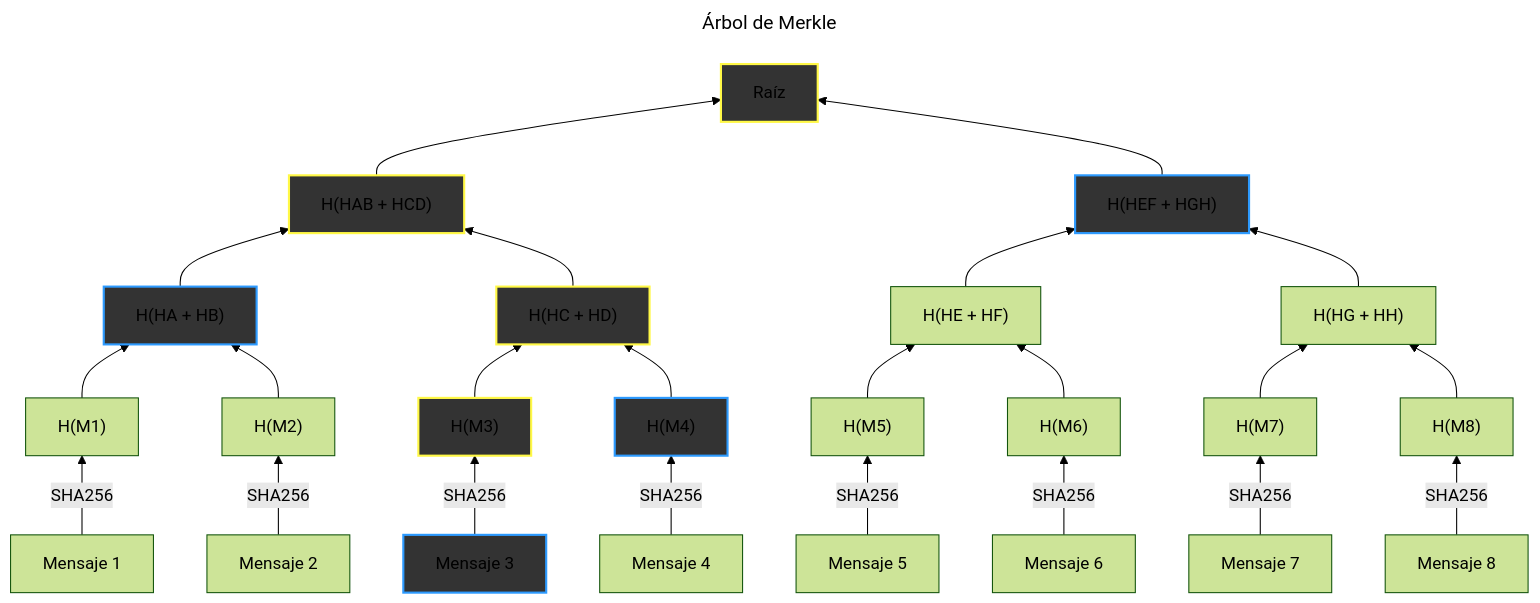
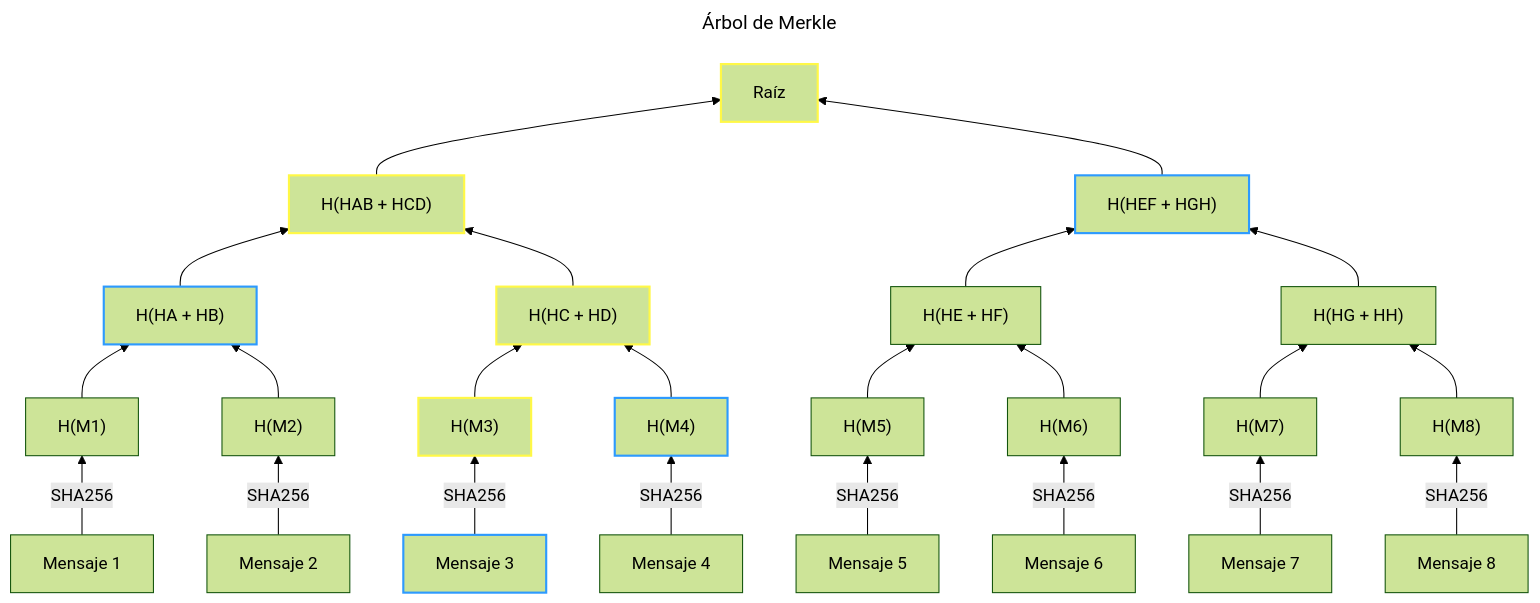
The second of 2 diagrams in advanced/electronic-signature/data-message-conservation.mdx (PlumaaID/api-docs), drawn with Mermaid (forest theme) before and after one commit. The commit also changed 7 other files, not shown here.

````diff
--- a/advanced/electronic-signature/data-message-conservation.mdx
+++ b/advanced/electronic-signature/data-message-conservation.mdx
@@ -115,73 +115,73 @@
 ```mermaid
 ---
 title: Árbol de Merkle
 ---
 graph BT
   A[Mensaje 1]
   B[Mensaje 2]
   C[Mensaje 3]
   D[Mensaje 4]
   E[Mensaje 5]
   F[Mensaje 6]
   G[Mensaje 7]
   H[Mensaje 8]
 
   HA["H(M1)"]
   HB["H(M2)"]
   HC["H(M3)"]
   HD["H(M4)"]
   HE["H(M5)"]
   HF["H(M6)"]
   HG["H(M7)"]
   HH["H(M8)"]
 
   A -- SHA256 --> HA
   B -- SHA256 --> HB
   C -- SHA256 --> HC
   D -- SHA256 --> HD
   E -- SHA256 --> HE
   F -- SHA256 --> HF
   G -- SHA256 --> HG
   H -- SHA256 --> HH
 
   HAB["H(HA + HB)"]
   HCD["H(HC + HD)"]
   HEF["H(HE + HF)"]
   HGH["H(HG + HH)"]
   
   HA --> HAB
   HB --> HAB
 
   HC --> HCD
   HD --> HCD
 
   HE --> HEF
   HF --> HEF
 
   HG --> HGH
   HH --> HGH
 
   HABCD["H(HAB + HCD)"]
   HEFGH["H(HEF + HGH)"]
 
   HAB --> HABCD
   HCD --> HABCD
 
   HEF --> HEFGH
   HGH --> HEFGH
 
   HABCDEFGH["Raíz"]
 
   HABCD --> HABCDEFGH
   HEFGH --> HABCDEFGH
 
-  style HABCDEFGH fill:#333,stroke:#FFF846,stroke-width:2px
-  style HC fill:#333,stroke:#FFF846,stroke-width:2px
-  style HCD fill:#333,stroke:#FFF846,stroke-width:2px
-  style HABCD fill:#333,stroke:#FFF846,stroke-width:2px
+  style HABCDEFGH stroke:#FFF846,stroke-width:2px
+  style HC stroke:#FFF846,stroke-width:2px
+  style HCD stroke:#FFF846,stroke-width:2px
+  style HABCD stroke:#FFF846,stroke-width:2px
   
-  style C fill:#333,stroke:#2D9AFE,stroke-width:2px
-  style HD fill:#333,stroke:#2D9AFE,stroke-width:2px
-  style HAB fill:#333,stroke:#2D9AFE,stroke-width:2px
-  style HEFGH fill:#333,stroke:#2D9AFE,stroke-width:2px
+  style C stroke:#2D9AFE,stroke-width:2px
+  style HD stroke:#2D9AFE,stroke-width:2px
+  style HAB stroke:#2D9AFE,stroke-width:2px
+  style HEFGH stroke:#2D9AFE,stroke-width:2px
 ```
````
